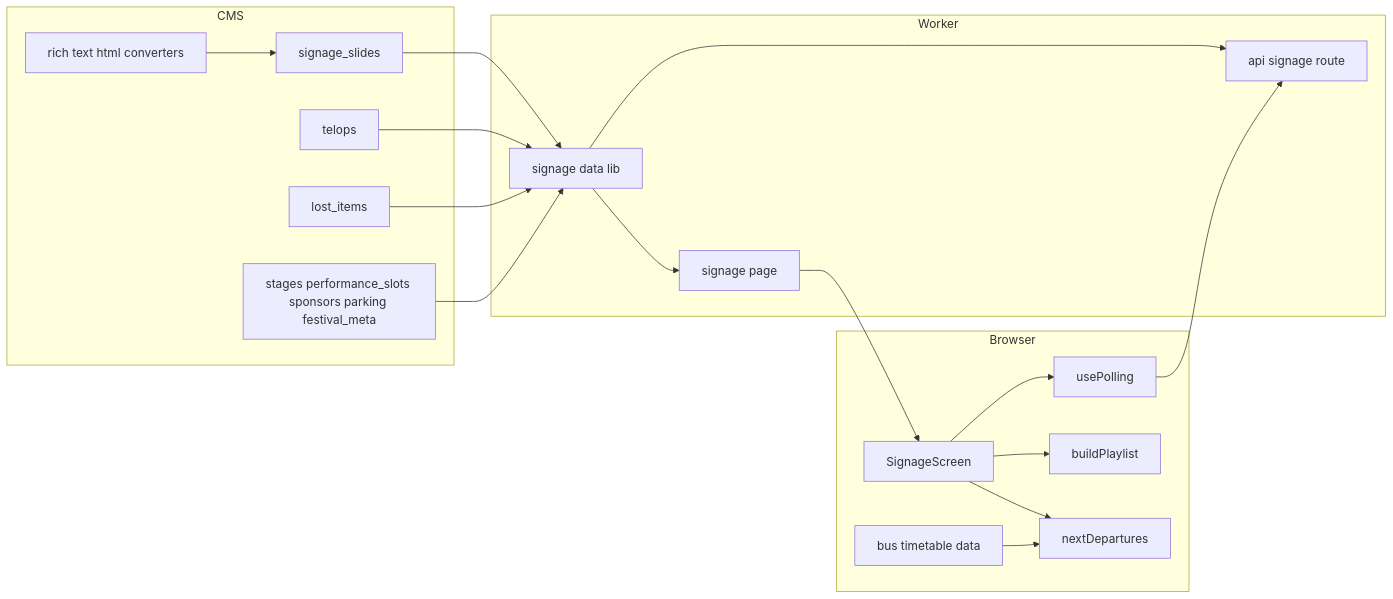
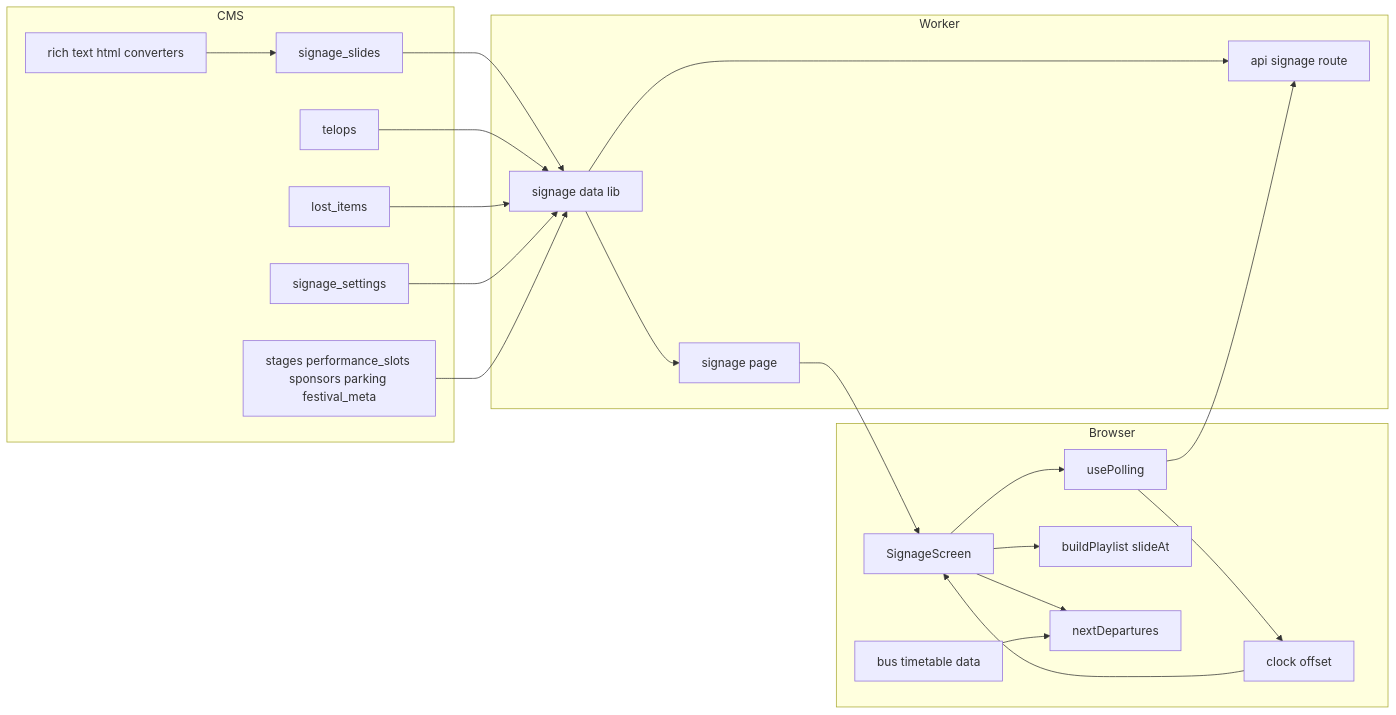
Before and after one commit to aramakisai/aramakisai-web: the first of 4 diagrams in .kiro/specs/digital-signage/design.md, drawn with Mermaid. The commit also changed other lines of this file and 2 other files, not shown here.

````diff
--- a/.kiro/specs/digital-signage/design.md
+++ b/.kiro/specs/digital-signage/design.md
@@ -62,35 +64,40 @@
 ```mermaid
 graph LR
   subgraph CMS
     Slides[signage_slides]
     Telops[telops]
     Lost[lost_items]
+    Settings[signage_settings]
     Existing[stages performance_slots sponsors parking festival_meta]
     Conv[rich text html converters]
   end
   subgraph Worker
     Api[api signage route]
     Data[signage data lib]
     Page[signage page]
   end
   subgraph Browser
     Screen[SignageScreen]
     Poll[usePolling]
-    Playlist[buildPlaylist]
+    Playlist[buildPlaylist slideAt]
+    Clock[clock offset]
     Bus[nextDepartures]
     BusData[bus timetable data]
   end
   Slides --> Data
   Telops --> Data
   Lost --> Data
+  Settings --> Data
   Existing --> Data
   Conv --> Slides
   Data --> Api
   Data --> Page
   Page --> Screen
   Poll --> Api
   Screen --> Poll
+  Poll --> Clock
+  Clock --> Screen
   Screen --> Playlist
   Screen --> Bus
   BusData --> Bus
 ```
````
